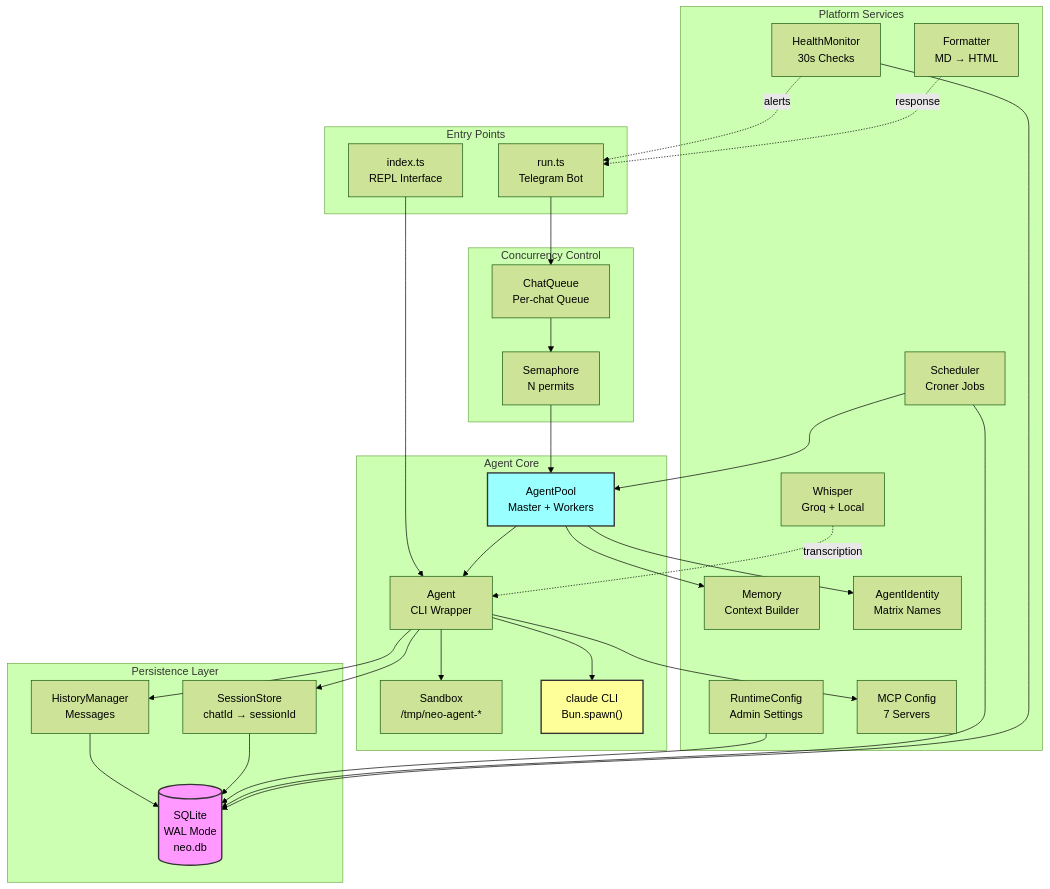
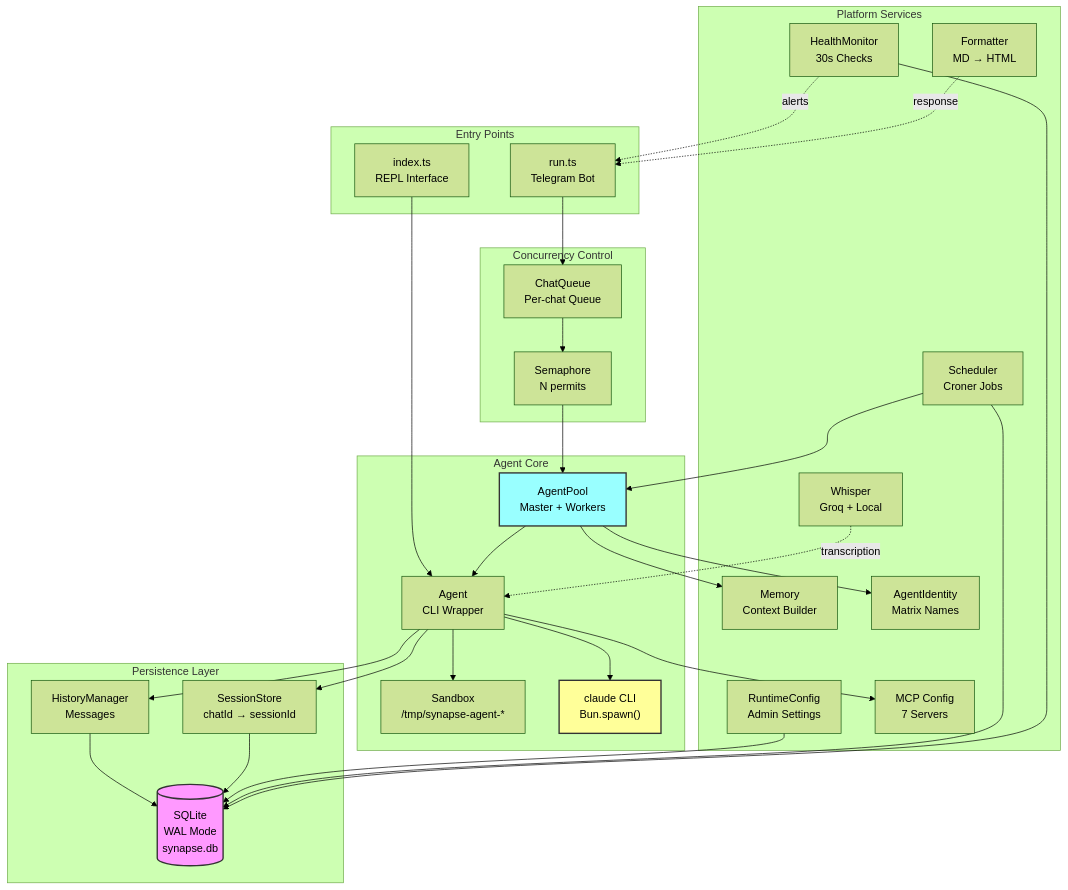
One commit to egeominotti/Synapse changed the first of 12 diagrams in docs/ARCHITECTURE.md. Above: the diagram before and after it, drawn with Mermaid (forest theme). The commit also changed other lines of this file and 19 other files, not shown here.

First line of the commit message:
Rename project from Neo to Synapse: new branding, logo, and README

````diff
--- a/docs/ARCHITECTURE.md
+++ b/docs/ARCHITECTURE.md
@@ -24,62 +24,62 @@
 ```mermaid
 graph TB
     subgraph Entry["Entry Points"]
         REPL["index.ts<br/>REPL Interface"]
         TG["run.ts<br/>Telegram Bot"]
     end
 
     subgraph Core["Agent Core"]
         AP["AgentPool<br/>Master + Workers"]
         AG["Agent<br/>CLI Wrapper"]
-        SB["Sandbox<br/>/tmp/neo-agent-*"]
+        SB["Sandbox<br/>/tmp/synapse-agent-*"]
         CLI["claude CLI<br/>Bun.spawn()"]
     end
 
     subgraph Concurrency["Concurrency Control"]
         CQ["ChatQueue<br/>Per-chat Queue"]
         SEM["Semaphore<br/>N permits"]
     end
 
     subgraph Persistence["Persistence Layer"]
         HM["HistoryManager<br/>Messages"]
         SS["SessionStore<br/>chatId → sessionId"]
-        DB[("SQLite<br/>WAL Mode<br/>neo.db")]
+        DB[("SQLite<br/>WAL Mode<br/>synapse.db")]
     end
 
     subgraph Services["Platform Services"]
         RC["RuntimeConfig<br/>Admin Settings"]
         SCH["Scheduler<br/>Croner Jobs"]
         HLT["HealthMonitor<br/>30s Checks"]
         FMT["Formatter<br/>MD → HTML"]
         MEM["Memory<br/>Context Builder"]
         MCP["MCP Config<br/>7 Servers"]
         WSP["Whisper<br/>Groq + Local"]
         ID["AgentIdentity<br/>Matrix Names"]
     end
 
     REPL --> AG
     TG --> CQ
     CQ --> SEM
     SEM --> AP
     AP --> AG
     AG --> SB
     AG --> CLI
     AG --> HM
     AG --> SS
     HM --> DB
     SS --> DB
     RC --> DB
     SCH --> DB
     SCH --> AP
     HLT --> DB
     HLT -.->|alerts| TG
     AP --> MEM
     AP --> ID
     AG --> MCP
     WSP -.->|transcription| AG
     FMT -.->|response| TG
 
     style DB fill:#f9f,stroke:#333,stroke-width:2px
     style CLI fill:#ff9,stroke:#333,stroke-width:2px
     style AP fill:#9ff,stroke:#333,stroke-width:2px
 ```
````
